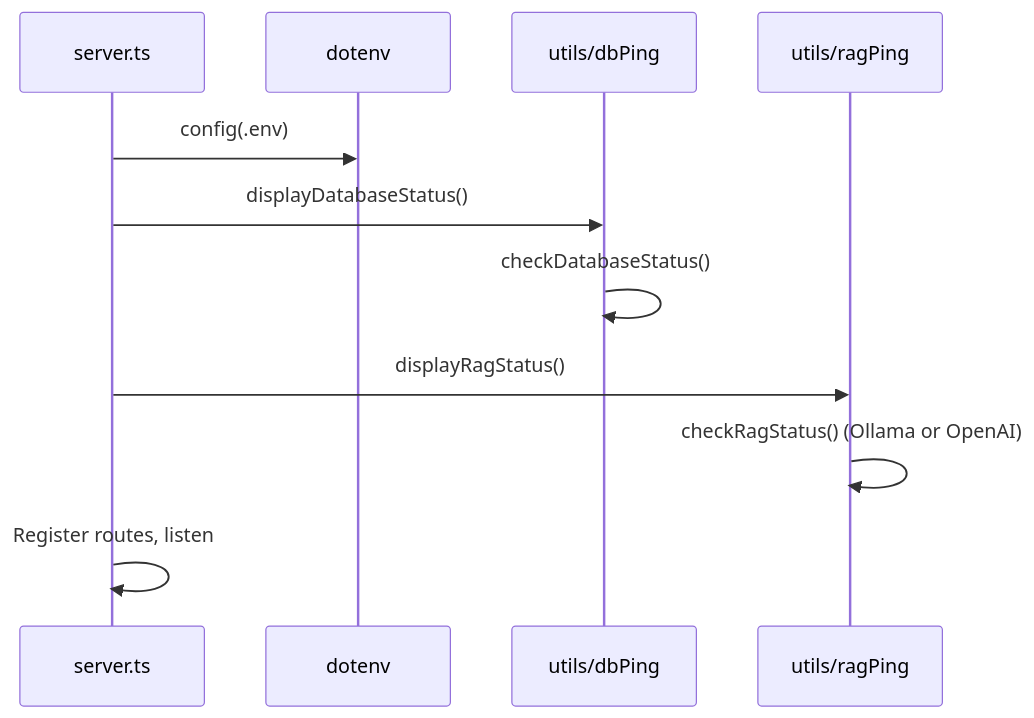
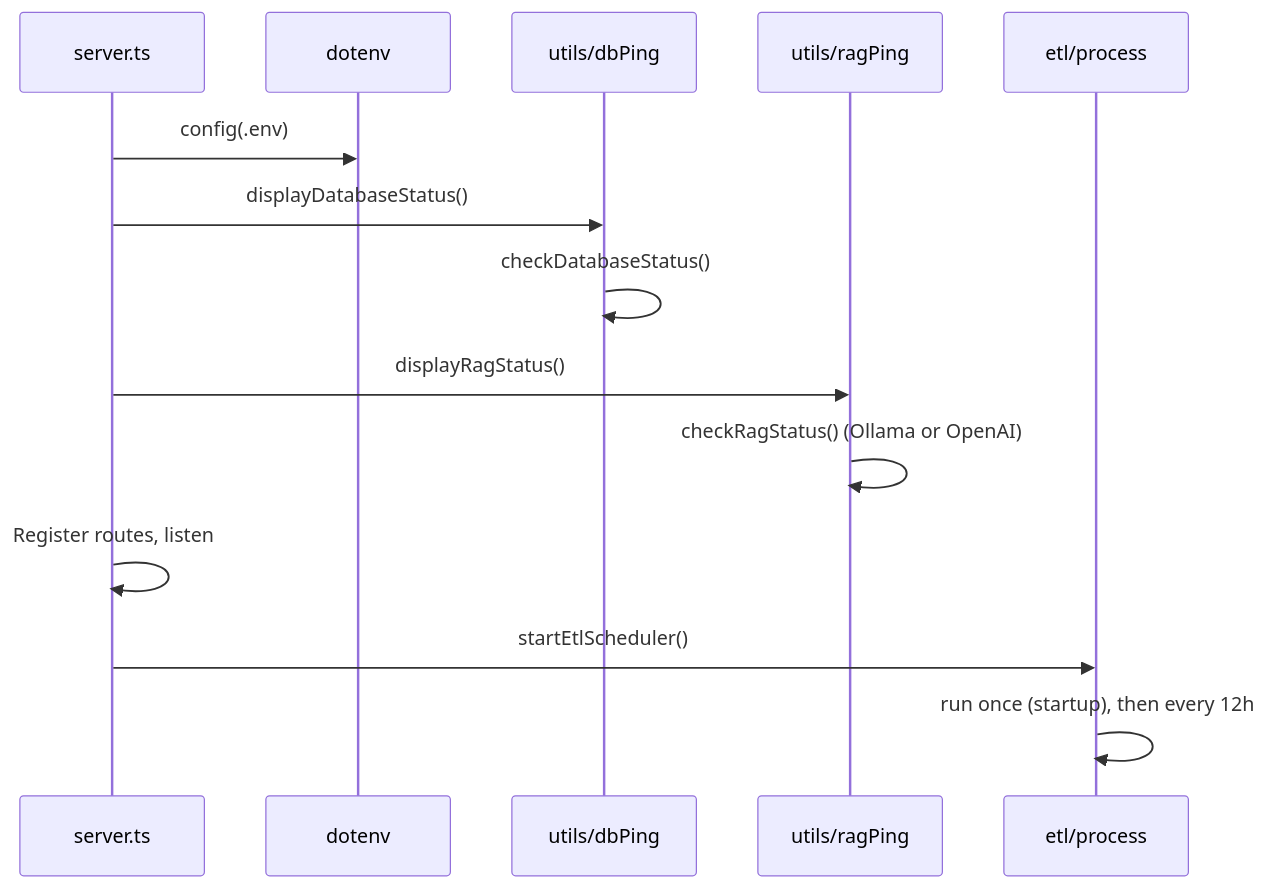
The sixth of 6 diagrams in docs/project_structure/project-structure.md (sorocode-comunidade/swanytello), drawn with Mermaid before and after one commit. The commit also changed other lines of this file and 24 other files, not shown here.

Commit message:
added etl for linkedin process and docs for it

````diff
--- a/docs/project_structure/project-structure.md
+++ b/docs/project_structure/project-structure.md
@@ -226,14 +250,17 @@
 ```mermaid
 sequenceDiagram
   participant Server as server.ts
   participant Dotenv as dotenv
   participant DBPing as utils/dbPing
   participant RAGPing as utils/ragPing
+  participant ETL as etl/process
 
   Server->>Dotenv: config(.env)
   Server->>DBPing: displayDatabaseStatus()
   DBPing->>DBPing: checkDatabaseStatus()
   Server->>RAGPing: displayRagStatus()
   RAGPing->>RAGPing: checkRagStatus() (Ollama or OpenAI)
   Server->>Server: Register routes, listen
+  Server->>ETL: startEtlScheduler()
+  ETL->>ETL: run once (startup), then every 12h
 ```
````
